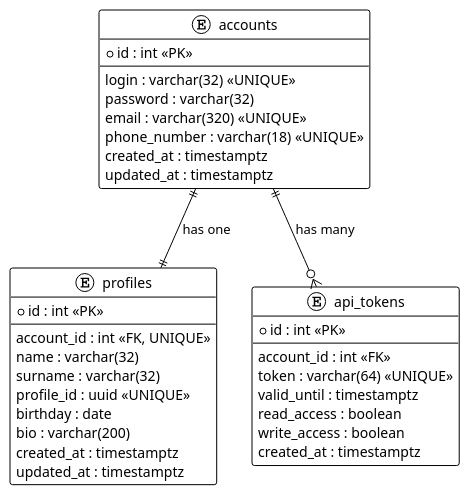
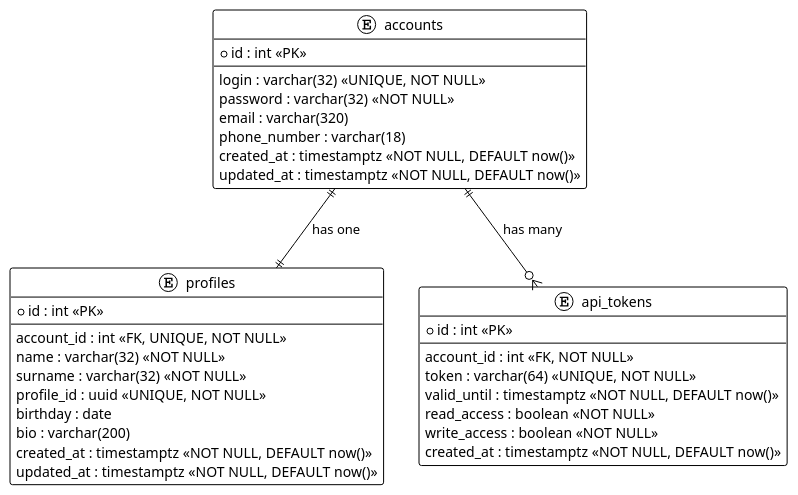
Before and after one commit to Illia-33/SOA: the diagram in docs/accounts.puml, drawn with PlantUML. The commit also changed 10 other files, not shown here.

```diff
--- a/docs/accounts.puml
+++ b/docs/accounts.puml
@@ -1,43 +1,43 @@
 @startuml
 !theme plain
 
 entity "accounts" as accounts {
     *id : int <<PK>>
     --
-    login : varchar(32) <<UNIQUE>>
-    password : varchar(32)
-    email : varchar(320) <<UNIQUE>>
-    phone_number : varchar(18) <<UNIQUE>>
-    created_at : timestamptz
-    updated_at : timestamptz
+    login : varchar(32) <<UNIQUE, NOT NULL>>
+    password : varchar(32) <<NOT NULL>>
+    email : varchar(320)
+    phone_number : varchar(18)
+    created_at : timestamptz <<NOT NULL, DEFAULT now()>>
+    updated_at : timestamptz <<NOT NULL, DEFAULT now()>>
 }
 
 entity "profiles" as profiles {
     *id : int <<PK>>
     --
-    account_id : int <<FK, UNIQUE>>
-    name : varchar(32)
-    surname : varchar(32)
-    profile_id : uuid <<UNIQUE>>
+    account_id : int <<FK, UNIQUE, NOT NULL>>
+    name : varchar(32) <<NOT NULL>>
+    surname : varchar(32) <<NOT NULL>>
+    profile_id : uuid <<UNIQUE, NOT NULL>>
     birthday : date
     bio : varchar(200)
-    created_at : timestamptz
-    updated_at : timestamptz
+    created_at : timestamptz <<NOT NULL, DEFAULT now()>>
+    updated_at : timestamptz <<NOT NULL, DEFAULT now()>>
 }
 
 entity "api_tokens" as api_tokens {
     *id : int <<PK>>
     --
-    account_id : int <<FK>>
-    token : varchar(64) <<UNIQUE>>
-    valid_until : timestamptz
-    read_access : boolean
-    write_access : boolean
-    created_at : timestamptz
+    account_id : int <<FK, NOT NULL>>
+    token : varchar(64) <<UNIQUE, NOT NULL>>
+    valid_until : timestamptz <<NOT NULL, DEFAULT now()>>
+    read_access : boolean <<NOT NULL>>
+    write_access : boolean <<NOT NULL>>
+    created_at : timestamptz <<NOT NULL, DEFAULT now()>>
 }
 
 ' Relations
 accounts ||--|| profiles : "has one"
 accounts ||--o{ api_tokens : "has many"
 
 @enduml
```
